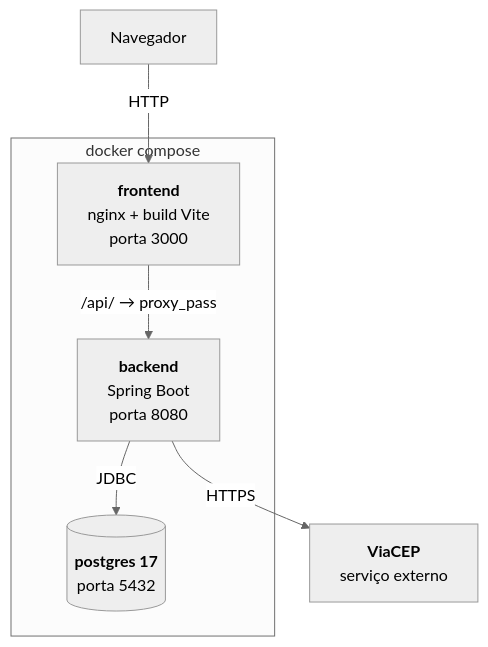
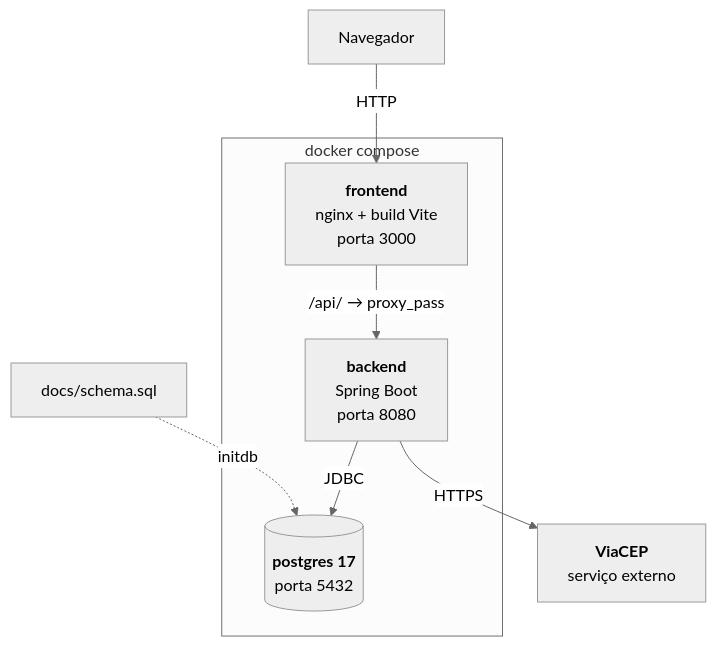
One commit to LiedsonAugusto/DealerFleet changed the first of 2 diagrams in README.md. Above: the diagram before and after it, drawn with Mermaid (neutral theme). The commit also changed other lines of this file and 5 other files, not shown here.

````diff
--- a/README.md
+++ b/README.md
@@ -47,17 +73,19 @@
 ```mermaid
 flowchart TB
     browser["Navegador"]
 
     subgraph compose["docker compose"]
         front["<b>frontend</b><br/>nginx + build Vite<br/>porta 3000"]
         back["<b>backend</b><br/>Spring Boot<br/>porta 8080"]
         db[("<b>postgres 17</b><br/>porta 5432")]
     end
 
     viacep["<b>ViaCEP</b><br/>serviço externo"]
+    schema["docs/schema.sql"]
 
     browser -->|HTTP| front
     front -->|"/api/ → proxy_pass"| back
     back -->|JDBC| db
     back -->|HTTPS| viacep
+    schema -.->|initdb| db
 ```
````
